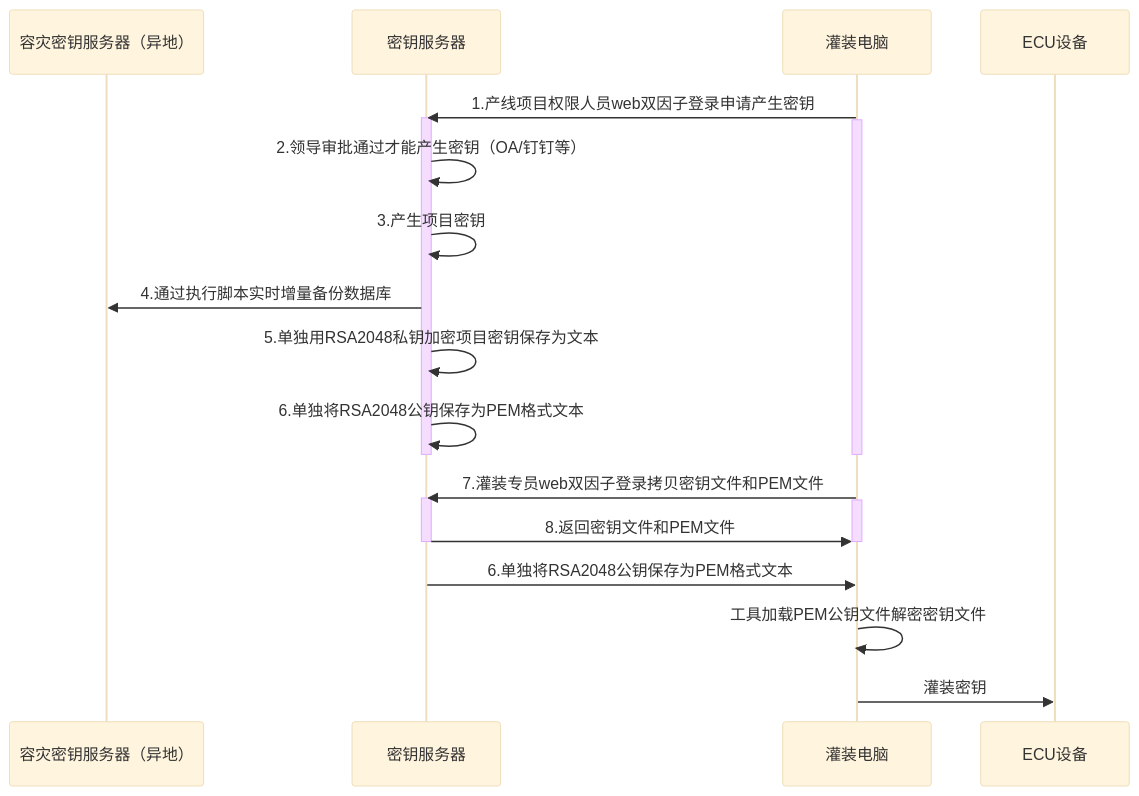
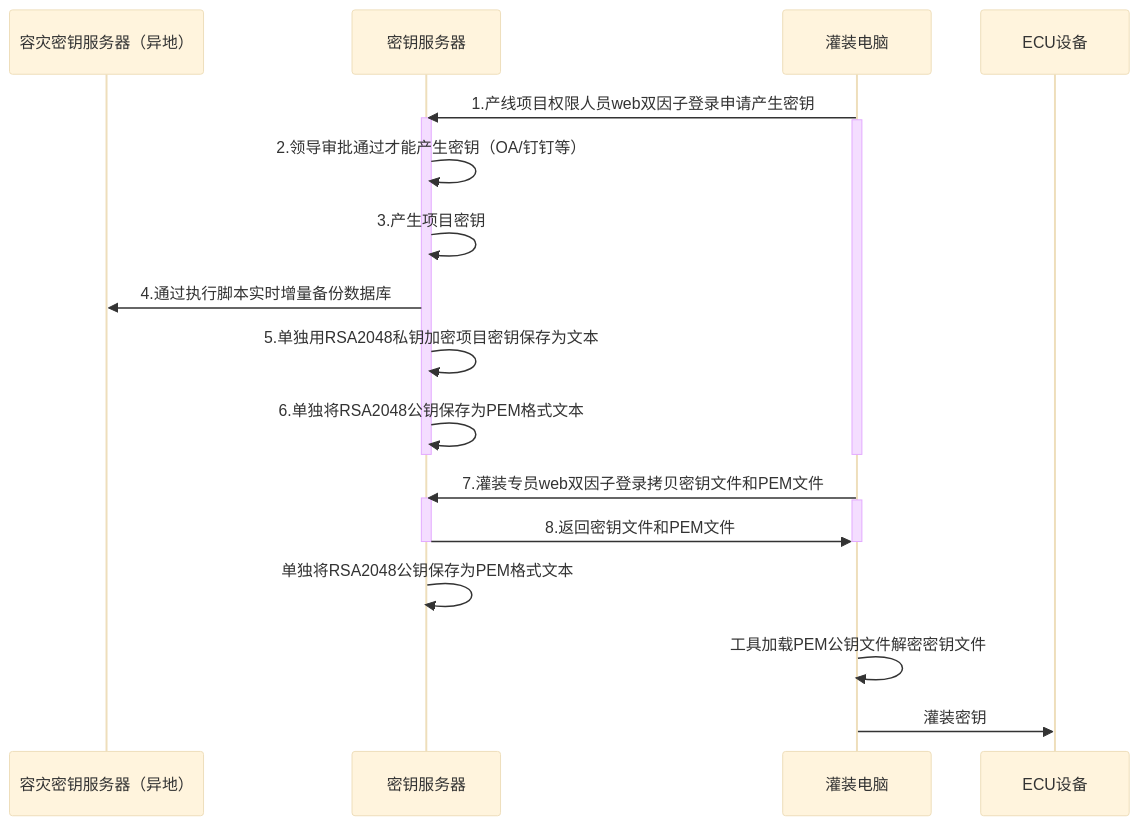
One commit to facebook-cloud/iodraw-files changed the diagram in all/未命名-15.md. Above: the diagram before and after it, drawn with Mermaid (base theme).

Commit message:
2026-02-11 19:53:16 update

````diff
--- a/all/未命名-15.md
+++ b/all/未命名-15.md
@@ -1,32 +1,32 @@
 ```mermaid
 sequenceDiagram
     participant A as 容灾密钥服务器（异地）
     participant B as 密钥服务器
     participant D as 灌装电脑
     participant E as ECU设备
 
     
     D->>B: 1.产线项目权限人员web双因子登录申请产生密钥
     activate B
     activate D
     B->>B: 2.领导审批通过才能产生密钥（OA/钉钉等）
     B->>B: 3.产生项目密钥
     B->>A: 4.通过执行脚本实时增量备份数据库
     B->>B: 5.单独用RSA2048私钥加密项目密钥保存为文本
     B->>B: 6.单独将RSA2048公钥保存为PEM格式文本
     deactivate B
     deactivate D
 
     
     D->>B: 7.灌装专员web双因子登录拷贝密钥文件和PEM文件
     activate B
     activate D
     B->>D: 8.返回密钥文件和PEM文件
     deactivate B
     deactivate D
-    B->>D: 6.单独将RSA2048公钥保存为PEM格式文本
+    B->>B: 单独将RSA2048公钥保存为PEM格式文本
 
     D->>D:工具加载PEM公钥文件解密密钥文件
     
     D->>E: 灌装密钥
 ```
````
